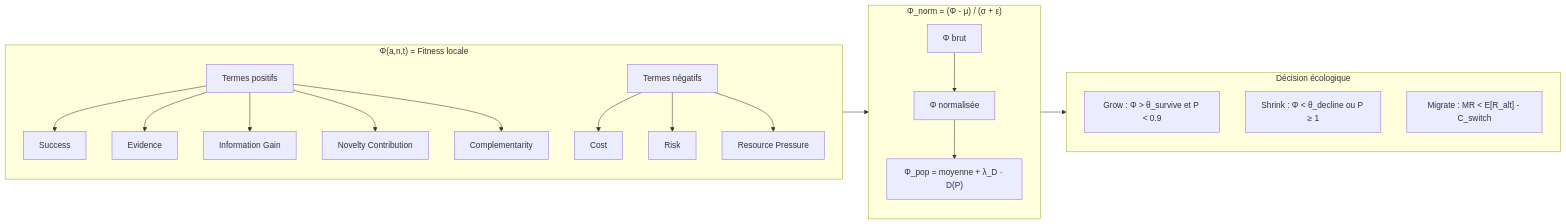
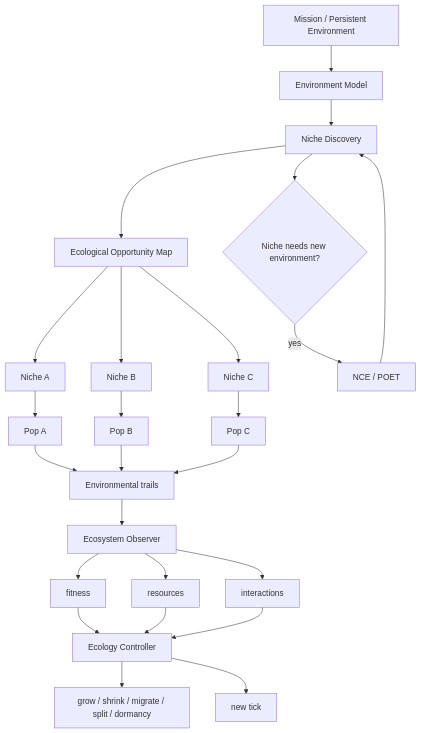
Before and after one commit to PISSARAW/GenOS: the diagram in docs/02-orchestration/topologies/biome.md, drawn with Mermaid. The commit also changed other lines of this file, not shown here.

Commit message:
[DOC] Refonte complète Biome — écologie adaptative, niches dynamiques, carrying capacity, 11 variantes, POET/NCE, Mermaid

````diff
--- a/docs/02-orchestration/topologies/biome.md
+++ b/docs/02-orchestration/topologies/biome.md
@@ -1078,35 +288,27 @@
 ```mermaid
-graph LR
-    subgraph Fitness["Φ(a,n,t) = Fitness locale"]
-        direction TB
-        Pos["Termes positifs"]
-        Neg["Termes négatifs"]
-        
-        Pos --> S["Success"]
-        Pos --> E["Evidence"]
-        Pos --> IG["Information Gain"]
-        Pos --> NC["Novelty Contribution"]
-        Pos --> C["Complementarity"]
-        
-        Neg --> Co["Cost"]
-        Neg --> R["Risk"]
-        Neg --> RP["Resource Pressure"]
-    end
-    
-    subgraph Normalisation["Φ_norm = (Φ - μ) / (σ + ε)"]
-        direction TB
-        Raw["Φ brut"] --> Norm["Φ normalisée"]
-        Norm --> Pop["Φ_pop = moyenne + λ_D · D(P)"]
-    end
-    
-    Fitness --> Normalisation
-    
-    subgraph Décision["Décision écologique"]
-        direction TB
-        Grow["Grow : Φ > θ_survive et P < 0.9"]
-        Shrink["Shrink : Φ < θ_decline ou P ≥ 1"]
-        Migrate["Migrate : MR < E[R_alt] - C_switch"]
-    end
-    
-    Normalisation --> Décision
+graph TD
+    MISSION["Mission / Persistent Environment"] --> ENV["Environment Model"]
+    ENV --> NICHE["Niche Discovery"]
+    NICHE --> OPPORTUNITY["Ecological Opportunity Map"]
+    OPPORTUNITY --> NA["Niche A"]
+    OPPORTUNITY --> NB["Niche B"]
+    OPPORTUNITY --> NC["Niche C"]
+    NA --> PA["Pop A"]
+    NB --> PB["Pop B"]
+    NC --> PC["Pop C"]
+    PA --> TRAILS["Environmental trails"]
+    PB --> TRAILS
+    PC --> TRAILS
+    TRAILS --> OBS["Ecosystem Observer"]
+    OBS --> FITNESS["fitness"]
+    OBS --> RES["resources"]
+    OBS --> INTER["interactions"]
+    FITNESS --> CTRL["Ecology Controller"]
+    RES --> CTRL
+    INTER --> CTRL
+    CTRL --> GROW["grow / shrink / migrate / split / dormancy"]
+    CTRL --> NEW_TICK["new tick"]
+    NICHE --> POET{"Niche needs new environment?"}
+    POET -->|yes| NCE["NCE / POET"]
+    NCE --> NICHE
 ```
````
